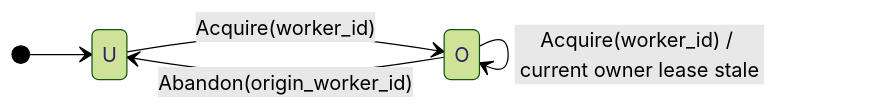
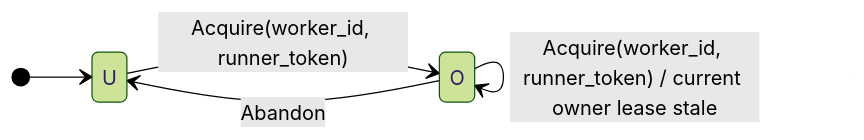
One commit to coder/coder changed the second of 2 diagrams in chatd.md. Above: the diagram before and after it, drawn with Mermaid (forest theme). The commit also changed other lines of this file, not shown here.

````diff
--- a/chatd.md
+++ b/chatd.md
@@ -273,10 +288,10 @@
 ```mermaid
 stateDiagram-v2
     direction LR
 
     [*] --> U
 
-    U --> O: Acquire(worker_id)
-    O --> O: Acquire(worker_id) / current owner lease stale
-    O --> U: Abandon(origin_worker_id)
+    U --> O: Acquire(worker_id, runner_token)
+    O --> O: Acquire(worker_id, runner_token) / current owner lease stale
+    O --> U: Abandon
 ```
````
